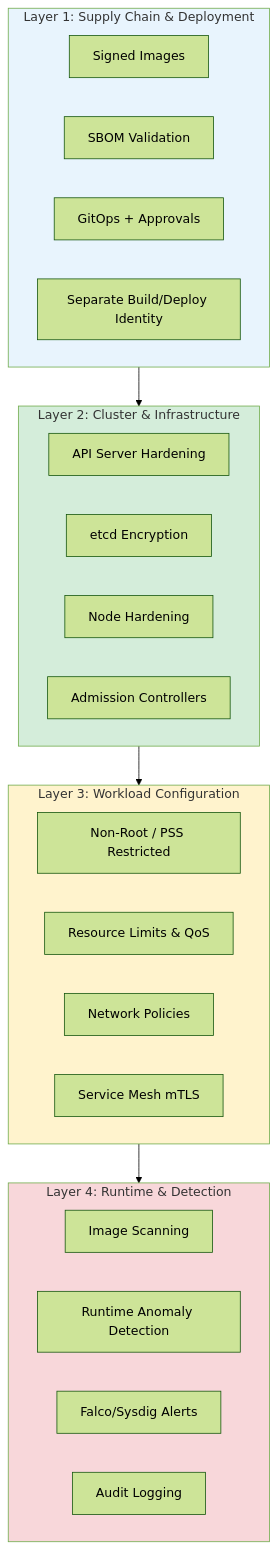
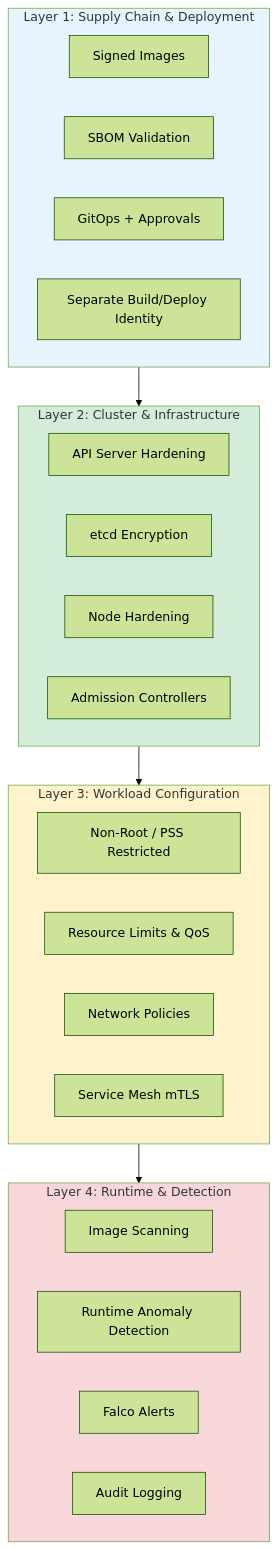
The first of 5 diagrams in _posts/2026-07-21-container-security-hardening-guide.md (corrupted-brain/blog), drawn with Mermaid (forest theme) before and after one commit. The commit also changed other lines of this file, not shown here.

````diff
--- a/_posts/2026-07-21-container-security-hardening-guide.md
+++ b/_posts/2026-07-21-container-security-hardening-guide.md
@@ -53,37 +44,37 @@
 ```mermaid
 flowchart TB
     subgraph Layer1["Layer 1: Supply Chain & Deployment"]
         A1[Signed Images]
         A2[SBOM Validation]
         A3[GitOps + Approvals]
         A4[Separate Build/Deploy Identity]
     end
 
     subgraph Layer2["Layer 2: Cluster & Infrastructure"]
         B1[API Server Hardening]
         B2[etcd Encryption]
         B3[Node Hardening]
         B4[Admission Controllers]
     end
 
     subgraph Layer3["Layer 3: Workload Configuration"]
         C1[Non-Root / PSS Restricted]
         C2[Resource Limits & QoS]
         C3[Network Policies]
         C4[Service Mesh mTLS]
     end
 
     subgraph Layer4["Layer 4: Runtime & Detection"]
         D1[Image Scanning]
         D2[Runtime Anomaly Detection]
-        D3[Falco/Sysdig Alerts]
+        D3[Falco Alerts]
         D4[Audit Logging]
     end
 
     Layer1 --> Layer2 --> Layer3 --> Layer4
 
     style Layer1 fill:#e8f4fd
     style Layer2 fill:#d4edda
     style Layer3 fill:#fff3cd
     style Layer4 fill:#f8d7da
 ```
````
